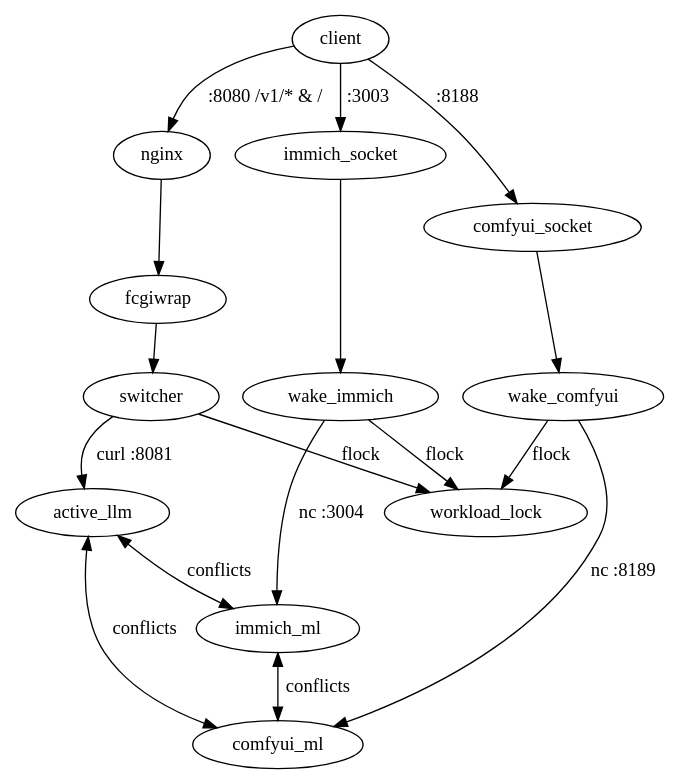
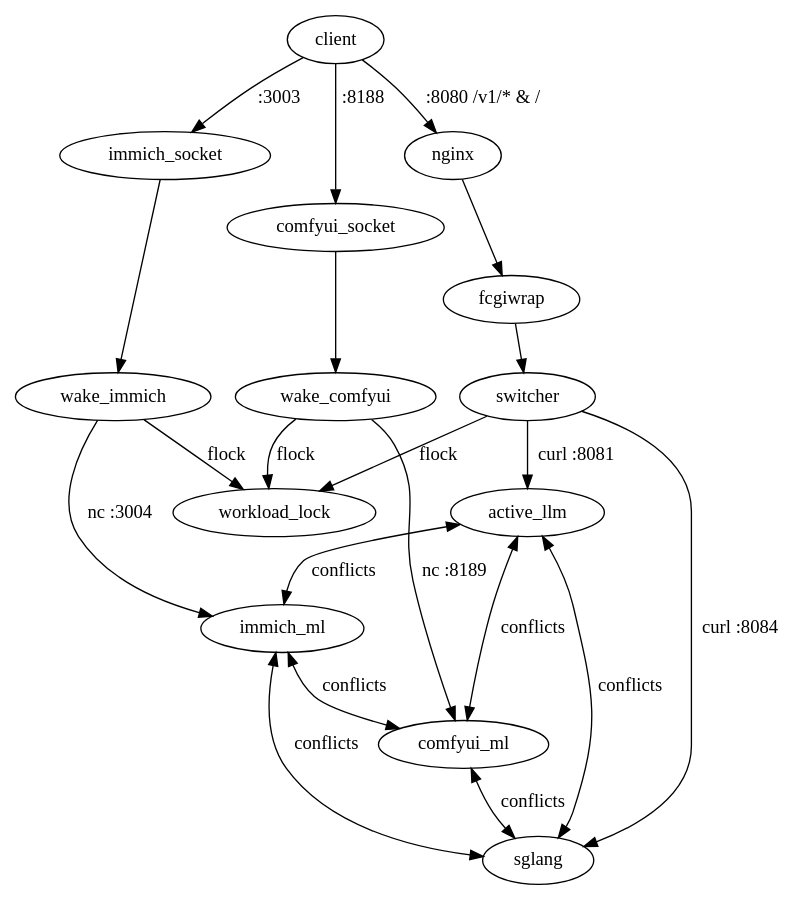
Before and after one commit to C10udburst/x2-nixos: the diagram in AGENTS.md, drawn with Graphviz. The commit also changed other lines of this file and 13 other files, not shown here.

````diff
--- a/AGENTS.md
+++ b/AGENTS.md
@@ -9,30 +9,36 @@
 ```dot
 digraph EVO_X2 {
   rankdir=TB;
 
   // Ingress
   client -> nginx [label=":8080 /v1/* & /"];
   client -> immich_socket [label=":3003"];
   client -> comfyui_socket [label=":8188"];
 
   // Gateway pipeline
   nginx -> fcgiwrap -> switcher;
   switcher -> workload_lock [label="flock"];
   switcher -> active_llm [label="curl :8081"];
 
   // Immich pipeline (0 MB RAM idle)
   immich_socket -> wake_immich;
   wake_immich -> workload_lock [label="flock"];
   wake_immich -> immich_ml [label="nc :3004"];
 
   // ComfyUI pipeline (0 MB RAM idle, flake-native)
   comfyui_socket -> wake_comfyui;
   wake_comfyui -> workload_lock [label="flock"];
   wake_comfyui -> comfyui_ml [label="nc :8189"];
 
+  // SGLang backend (:8084): started through the same switcher path as any LLM, no socket activation
+  switcher -> sglang [label="curl :8084"];
+
   // Mutual systemd conflicts across all workloads (Rule 1)
   active_llm -> immich_ml [label="conflicts", dir=both];
   active_llm -> comfyui_ml [label="conflicts", dir=both];
+  active_llm -> sglang [label="conflicts", dir=both];
   immich_ml -> comfyui_ml [label="conflicts", dir=both];
+  immich_ml -> sglang [label="conflicts", dir=both];
+  comfyui_ml -> sglang [label="conflicts", dir=both];
 }
 ```
````
